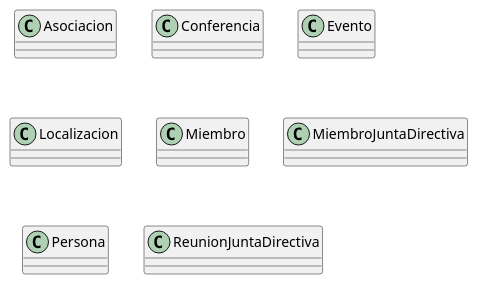
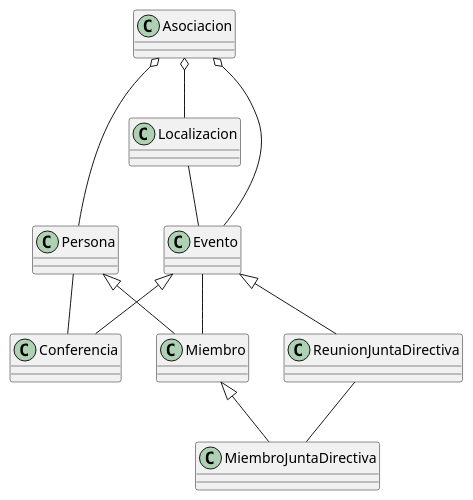
One commit to M-pozo/PracticaUML changed the diagram in src/UML/AsociacionUML.puml. Above: the diagram before and after it, drawn with PlantUML.

Commit message:
Relaciones entre clases (UML)

```diff
--- a/src/UML/AsociacionUML.puml
+++ b/src/UML/AsociacionUML.puml
@@ -1,27 +1,40 @@
 @startuml
 
 class Asociacion {
 
 }
 class Conferencia {
 
 }
 class Evento {
 
 }
 class Localizacion {
 
 }
 class Miembro {
 
 }
 class MiembroJuntaDirectiva {
 
 }
 class Persona {
 
 }
 class ReunionJuntaDirectiva {
 
 }
+
+Asociacion o-- Persona
+Persona <|-- Miembro
+Persona -- Conferencia
+Miembro <|-- MiembroJuntaDirectiva
+Asociacion o-- Localizacion
+Localizacion -- Evento
+Asociacion o-- Evento
+Evento <|-- Conferencia
+Evento <|-- ReunionJuntaDirectiva
+ReunionJuntaDirectiva -- MiembroJuntaDirectiva
+Evento -- Miembro
+
 @enduml
```
